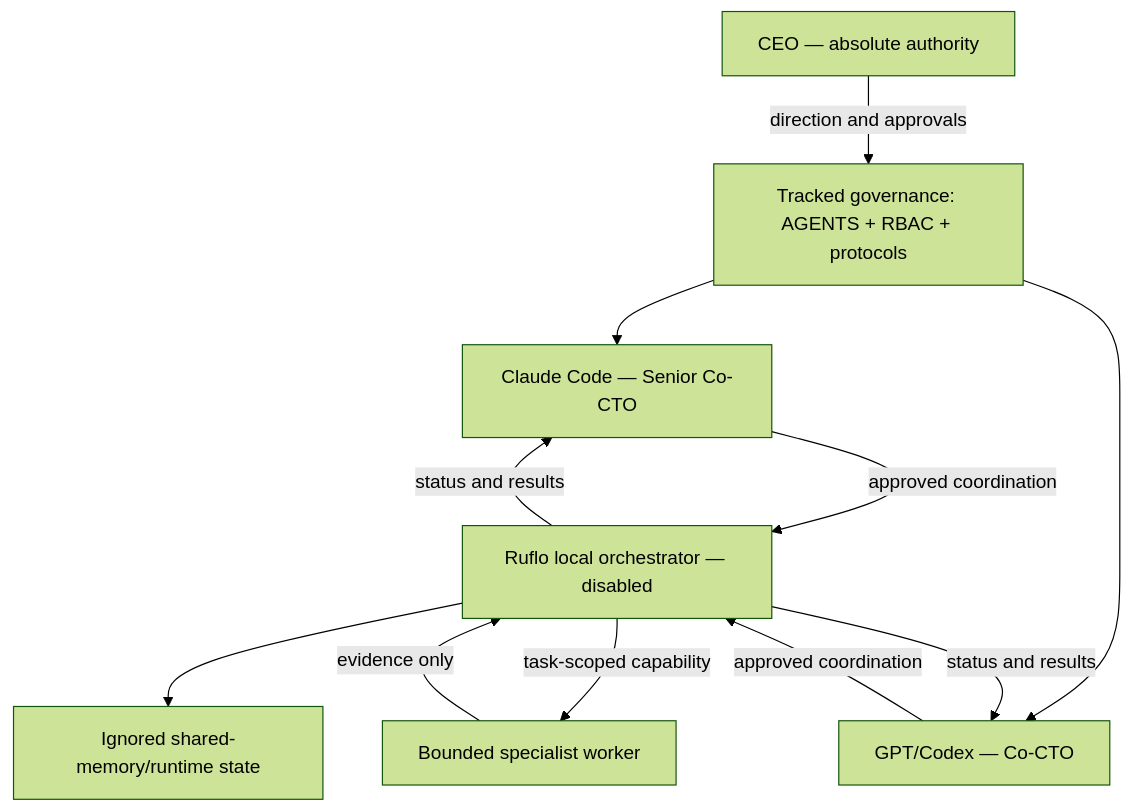
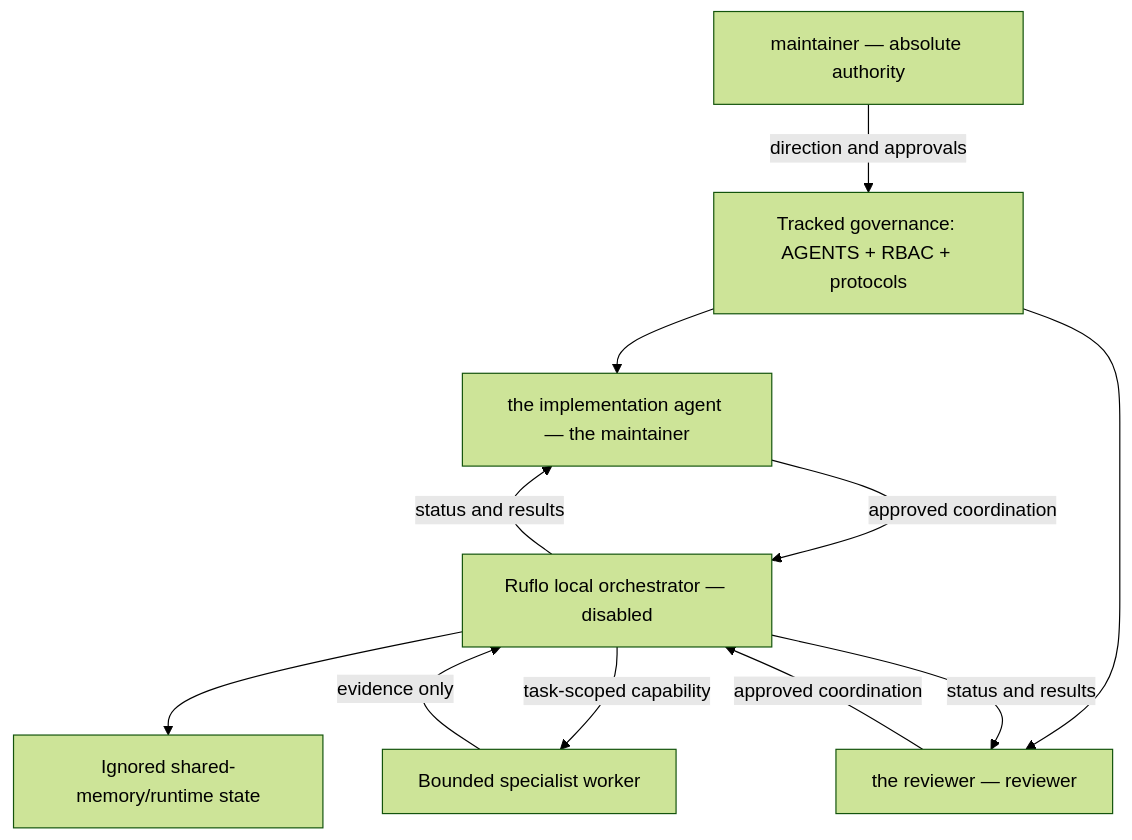
The diagram in docs/architecture/ARCHITECTURE.md (Koi725/NOETARCH), drawn with Mermaid (forest theme) before and after one commit. The commit also changed other lines of this file and 7 other files, not shown here.

````diff
--- a/docs/architecture/ARCHITECTURE.md
+++ b/docs/architecture/ARCHITECTURE.md
@@ -7,21 +7,21 @@
 ```mermaid
 flowchart TD
-  CEO[CEO — absolute authority]
-  C[Claude Code — Senior Co-CTO]
-  X[GPT/Codex — Co-CTO]
+  maintainer[maintainer — absolute authority]
+  C[the implementation agent — the maintainer]
+  X[the reviewer — reviewer]
   G[Tracked governance: AGENTS + RBAC + protocols]
   R[Ruflo local orchestrator — disabled]
   M[Ignored shared-memory/runtime state]
   W[Bounded specialist worker]
 
-  CEO -->|direction and approvals| G
+  maintainer -->|direction and approvals| G
   G --> C
   G --> X
   C -->|approved coordination| R
   X -->|approved coordination| R
   R --> M
   R -->|task-scoped capability| W
   W -->|evidence only| R
   R -->|status and results| C
   R -->|status and results| X
 ```
````
